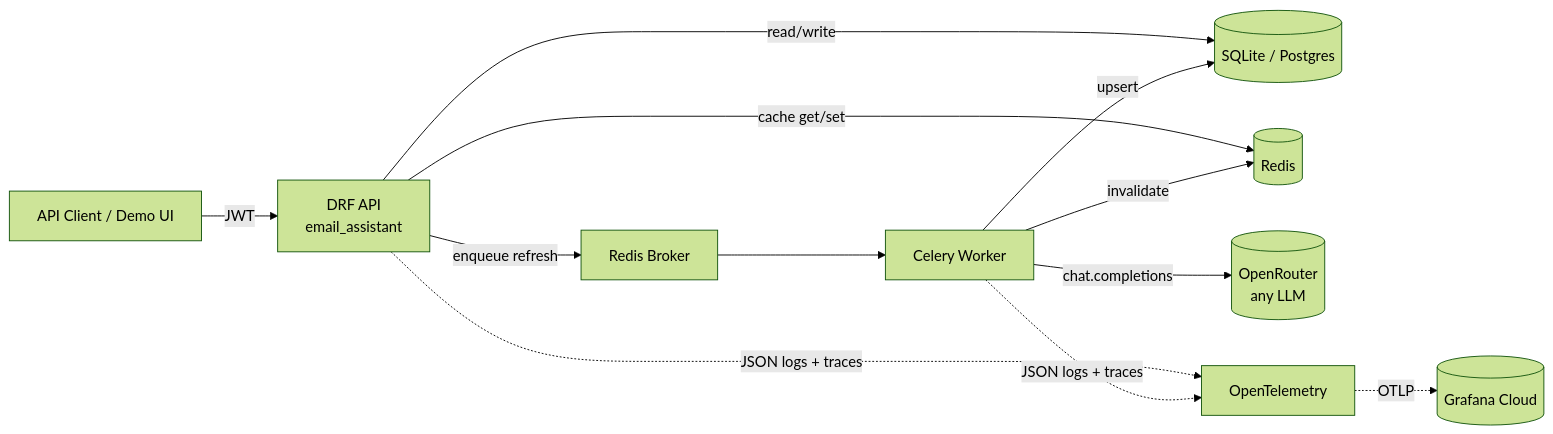
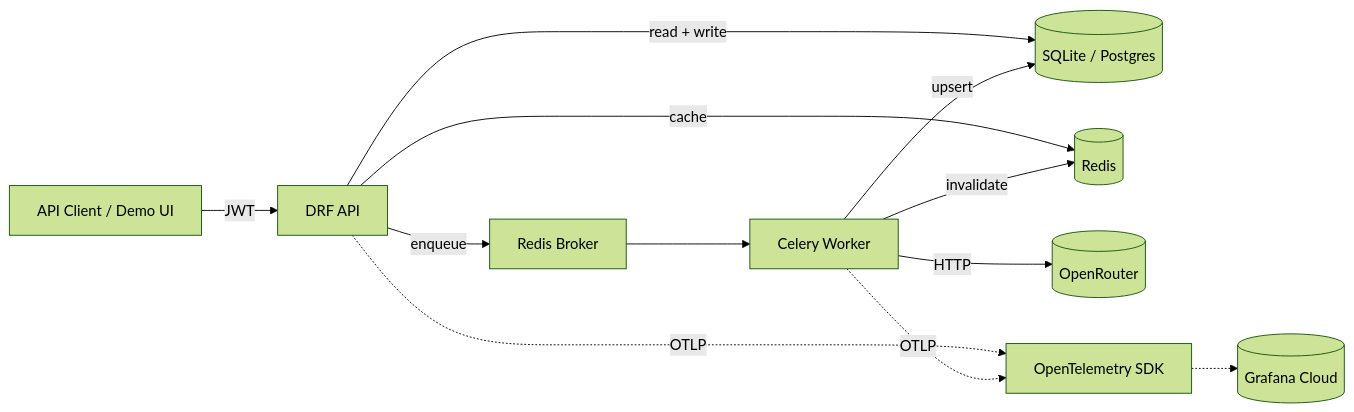
One commit to RogerSinghChugh/email_assistant changed the diagram in README.md. Above: the diagram before and after it, drawn with Mermaid (forest theme).

Commit message:
trying to fix broken mermaid on github

````diff
--- a/README.md
+++ b/README.md
@@ -63,14 +63,14 @@
 ```mermaid
 flowchart LR
-    Client[API Client / Demo UI] -->|JWT| API[DRF API<br/>email_assistant]
-    API -->|read/write| DB[(SQLite / Postgres)]
-    API -->|cache get/set| Redis[(Redis)]
-    API -->|enqueue refresh| Broker[Redis Broker]
-    Broker --> Worker[Celery Worker]
-    Worker -->|chat.completions| OpenRouter[(OpenRouter<br/>any LLM)]
+    Client["API Client / Demo UI"] -->|JWT| API["DRF API"]
+    API -->|"read + write"| DB[("SQLite / Postgres")]
+    API -->|cache| Redis[(Redis)]
+    API -->|enqueue| Broker["Redis Broker"]
+    Broker --> Worker["Celery Worker"]
+    Worker -->|HTTP| OpenRouter[("OpenRouter")]
     Worker -->|upsert| DB
     Worker -->|invalidate| Redis
-    API -.->|JSON logs + traces| OTel[OpenTelemetry]
-    Worker -.->|JSON logs + traces| OTel
-    OTel -.->|OTLP| Grafana[(Grafana Cloud)]
+    API -.->|OTLP| OTel["OpenTelemetry SDK"]
+    Worker -.->|OTLP| OTel
+    OTel -.-> Grafana[("Grafana Cloud")]
 ```
````
